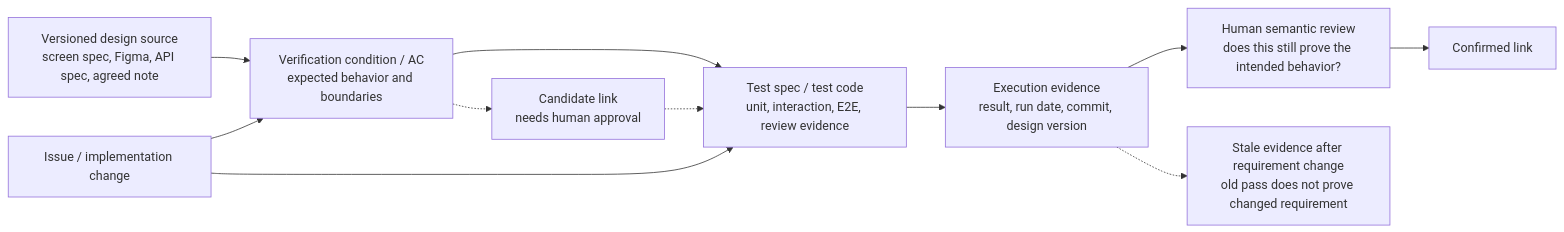
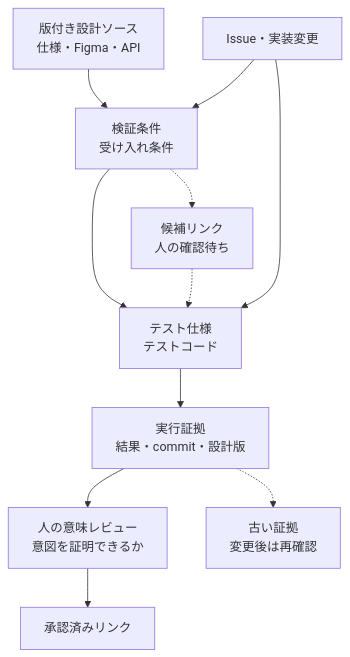
Before and after one commit to secidoire/ai-development-quality-kit: the second of 2 diagrams in README.md, drawn with Mermaid. The commit also changed other lines of this file and 1 other file, not shown here.

Commit message:
Improve README diagram readability

````diff
--- a/README.md
+++ b/README.md
@@ -50,13 +50,14 @@
 ```mermaid
-flowchart LR
-  DS["Versioned design source<br/>screen spec, Figma, API spec, agreed note"] --> VC["Verification condition / AC<br/>expected behavior and boundaries"]
-  VC --> TS["Test spec / test code<br/>unit, interaction, E2E, review evidence"]
-  TS --> EV["Execution evidence<br/>result, run date, commit, design version"]
-  IS["Issue / implementation change"] --> VC
+flowchart TD
+  DS["版付き設計ソース<br/>仕様・Figma・API"] --> VC["検証条件<br/>受け入れ条件"]
+  VC --> TS["テスト仕様<br/>テストコード"]
+  TS --> EV["実行証拠<br/>結果・commit・設計版"]
+  EV --> HR["人の意味レビュー<br/>意図を証明できるか"]
+  HR --> OK["承認済みリンク"]
+
+  IS["Issue・実装変更"] --> VC
   IS --> TS
-  EV --> HR["Human semantic review<br/>does this still prove the intended behavior?"]
-  HR --> CF["Confirmed link"]
-  VC -.-> CL["Candidate link<br/>needs human approval"]
+  VC -.-> CL["候補リンク<br/>人の確認待ち"]
   CL -.-> TS
-  EV -.-> ST["Stale evidence after requirement change<br/>old pass does not prove changed requirement"]
+  EV -.-> ST["古い証拠<br/>変更後は再確認"]
 ```
````
